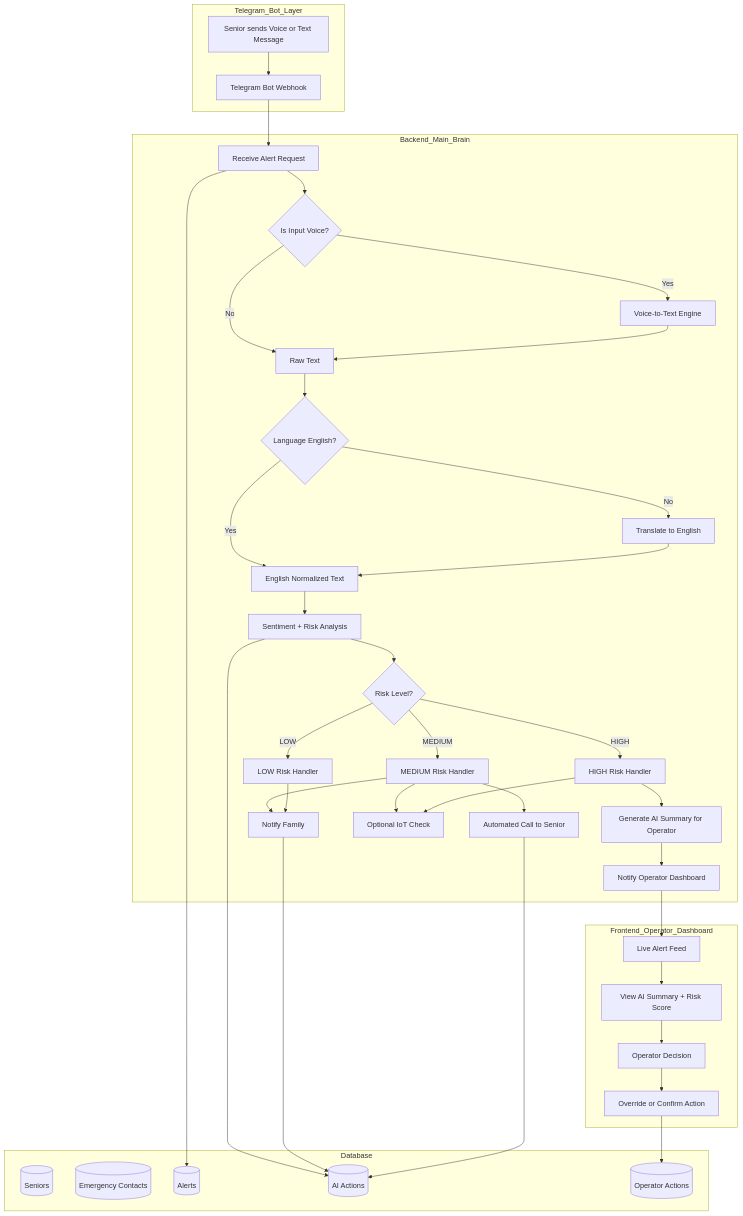
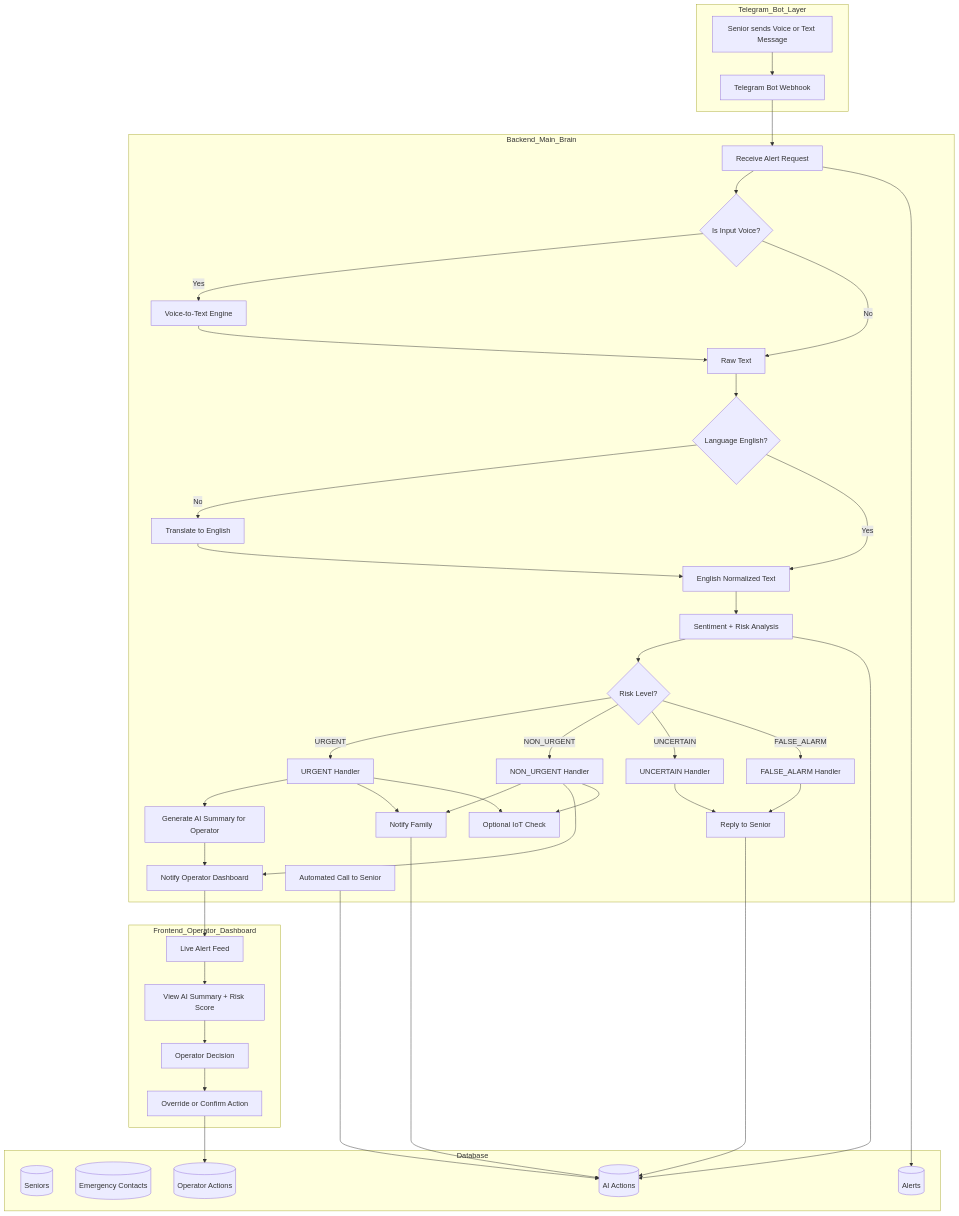
Before and after one commit to brucewzj99/PersonalAlertPlus: the diagram in agent.md, drawn with Mermaid. The commit also changed other lines of this file and 11 other files, not shown here.

````diff
--- a/agent.md
+++ b/agent.md
@@ -262,14 +272,16 @@
     B9{Risk Level?}
     
     %% Risk branches
-    B10[HIGH Risk Handler]
-    B11[MEDIUM Risk Handler]
-    B12[LOW Risk Handler]
+    B10[URGENT Handler]
+    B11[NON_URGENT Handler]
+    B12[UNCERTAIN Handler]
+    B18[FALSE_ALARM Handler]
 
     %% Actions
     B13[Generate AI Summary for Operator]
     B14[Notify Operator Dashboard]
     B15[Notify Family]
+    B19[Reply to Senior]
     B16[Automated Call to Senior]
     B17[Optional IoT Check]
 end
@@ -318,20 +330,23 @@
 B8 --> B9
 
 %% Risk routing
-B9 -->|HIGH| B10
-B9 -->|MEDIUM| B11
-B9 -->|LOW| B12
+B9 -->|URGENT| B10
+B9 -->|NON_URGENT| B11
+B9 -->|UNCERTAIN| B12
+B9 -->|FALSE_ALARM| B18
 
-%% HIGH
+%% URGENT
 B10 --> B13
+B10 --> B15
 B13 --> B14
 
-%% MEDIUM
+%% NON_URGENT
 B11 --> B15
-B11 --> B16
+B11 --> B14
 
-%% LOW
-B12 --> B15
+%% UNCERTAIN / FALSE_ALARM
+B12 --> B19
+B18 --> B19
 
 %% Optional IoT
 B11 --> B17
@@ -349,4 +364,5 @@
 C4 --> D5
 B15 --> D4
 B16 --> D4
+B19 --> D4
 ```
````
